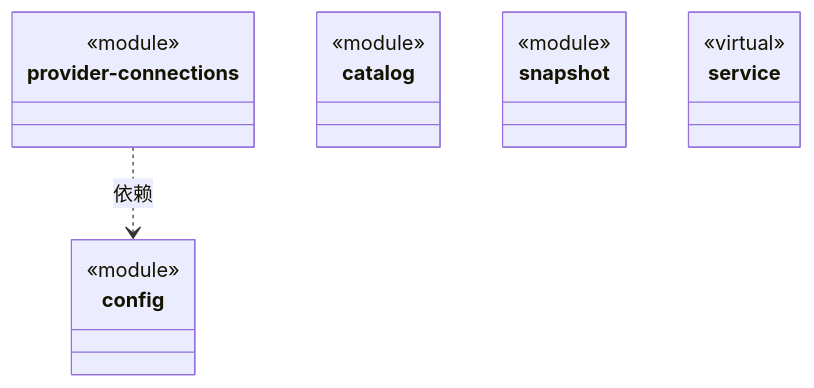
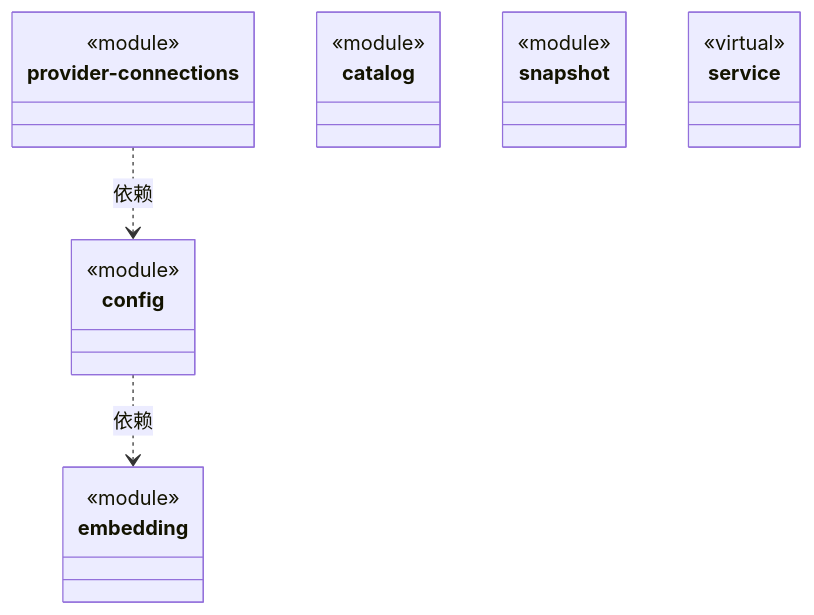
One commit to nan023062/cbim changed the diagram in src/logic/models/ARCHITECTURE.md. Above: the diagram before and after it, drawn with Mermaid. The commit also changed other lines of this file and 136 other files, not shown here.

````diff
--- a/src/logic/models/ARCHITECTURE.md
+++ b/src/logic/models/ARCHITECTURE.md
@@ -24,24 +31,29 @@
 ```mermaid
 classDiagram
 class N_dfecdc77d3f1["config"] {
   <<module>>
 }
 click N_dfecdc77d3f1 href "config.ts"
+class N_efd3c8d1424b["embedding"] {
+  <<module>>
+}
+click N_efd3c8d1424b href "embedding.ts"
 class N_03600e393450["provider-connections"] {
   <<module>>
 }
 click N_03600e393450 href "provider-connections.ts"
 class N_92e95bdb9072["catalog"] {
   <<module>>
 }
 click N_92e95bdb9072 href "catalog.ts"
 class N_04dcf32df65b["snapshot"] {
   <<module>>
 }
 click N_04dcf32df65b href "snapshot.ts"
 class N_3da65b7589f4["service"] {
   <<virtual>>
 }
 click N_3da65b7589f4 href "service/ARCHITECTURE.md"
+N_dfecdc77d3f1 ..> N_efd3c8d1424b : 依赖
 N_03600e393450 ..> N_dfecdc77d3f1 : 依赖
 ```
````
